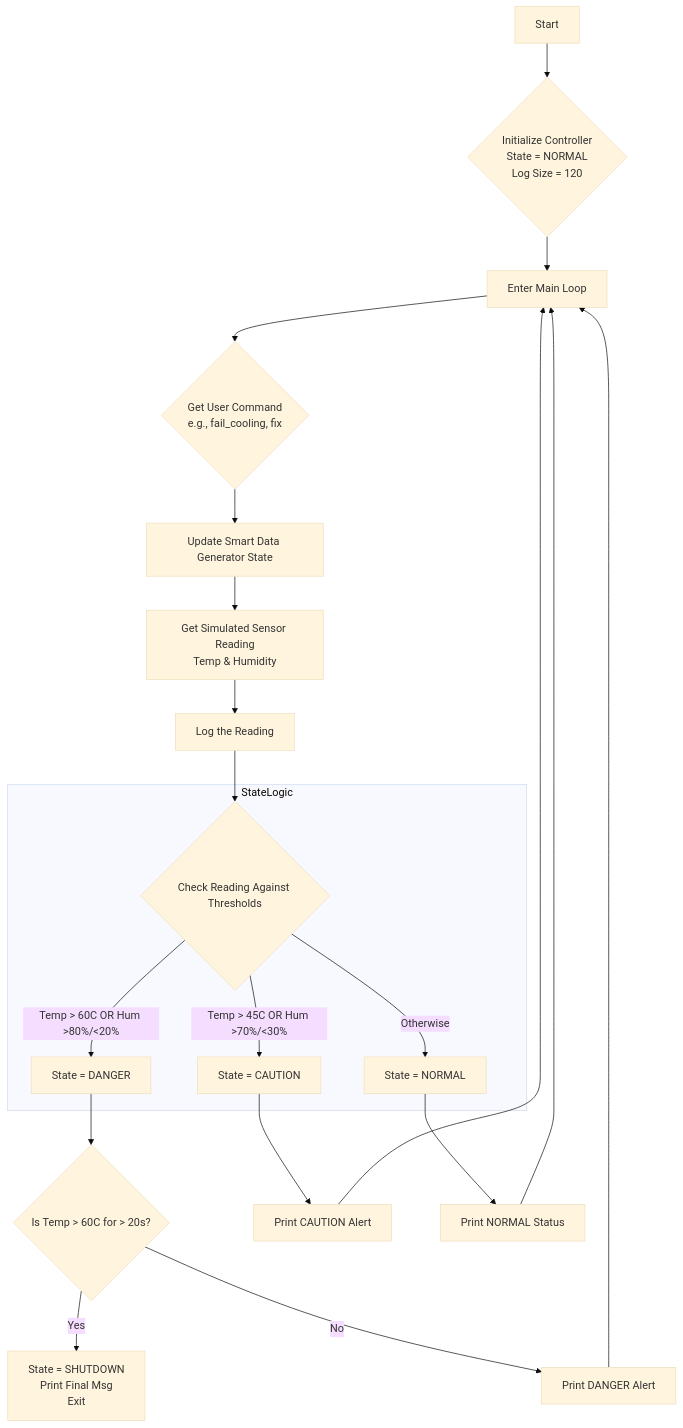
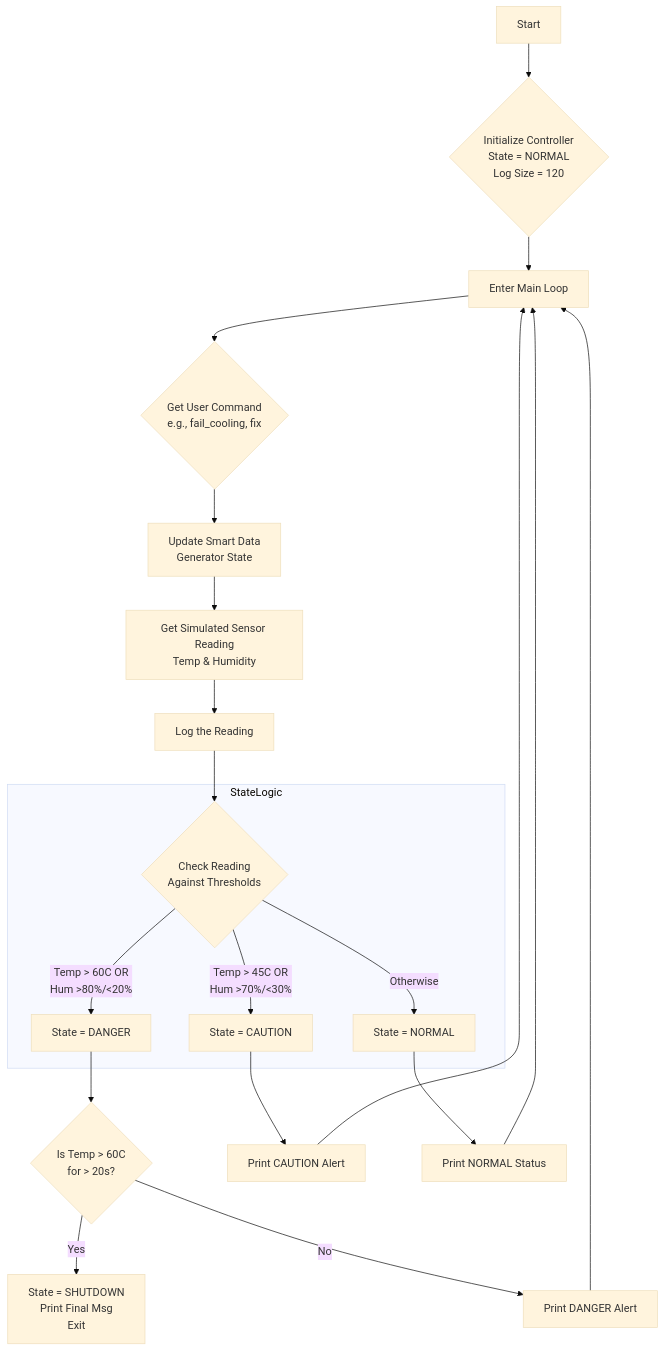
The first of 4 diagrams in docs/flowchart.md (Oshadha345/server-sentinel-c), drawn with Mermaid (base theme) before and after one commit. The commit also changed other lines of this file, not shown here.

First line of the commit message:
Enhance flowchart docs with improved formatting and clarity

````diff
--- a/docs/flowchart.md
+++ b/docs/flowchart.md
@@ -7,27 +9,27 @@
 ```mermaid
 graph TD
     A1[Start] --> B1{Initialize Controller<br>State = NORMAL<br>Log Size = 120}
     B1 --> C1[Enter Main Loop]
     C1 --> D1{Get User Command<br>e.g., fail_cooling, fix}
-    D1 --> E1[Update Smart Data Generator State]
+    D1 --> E1[Update Smart Data<br>Generator State]
     E1 --> F1[Get Simulated Sensor Reading<br>Temp & Humidity]
     F1 --> G1[Log the Reading]
-    G1 --> H1{Check Reading Against Thresholds}
+    G1 --> H1{Check Reading<br>Against Thresholds}
     
     subgraph StateLogic
-        H1 -- Temp > 60C OR Hum >80%/<20% --> I1[State = DANGER]
-        H1 -- Temp > 45C OR Hum >70%/<30% --> J1[State = CAUTION]
+        H1 -- "Temp > 60C OR<br>Hum >80%/<20%" --> I1[State = DANGER]
+        H1 -- "Temp > 45C OR<br>Hum >70%/<30%" --> J1[State = CAUTION]
         H1 -- Otherwise --> K1[State = NORMAL]
     end
 
-    I1 --> L1{Is Temp > 60C for > 20s?}
+    I1 --> L1{Is Temp > 60C<br>for > 20s?}
     L1 -- Yes --> M1[State = SHUTDOWN<br>Print Final Msg<br>Exit]
     L1 -- No --> N1[Print DANGER Alert]
     
     J1 --> O1[Print CAUTION Alert]
     K1 --> P1[Print NORMAL Status]
 
     N1 --> C1
     O1 --> C1
     P1 --> C1
 ```
````
